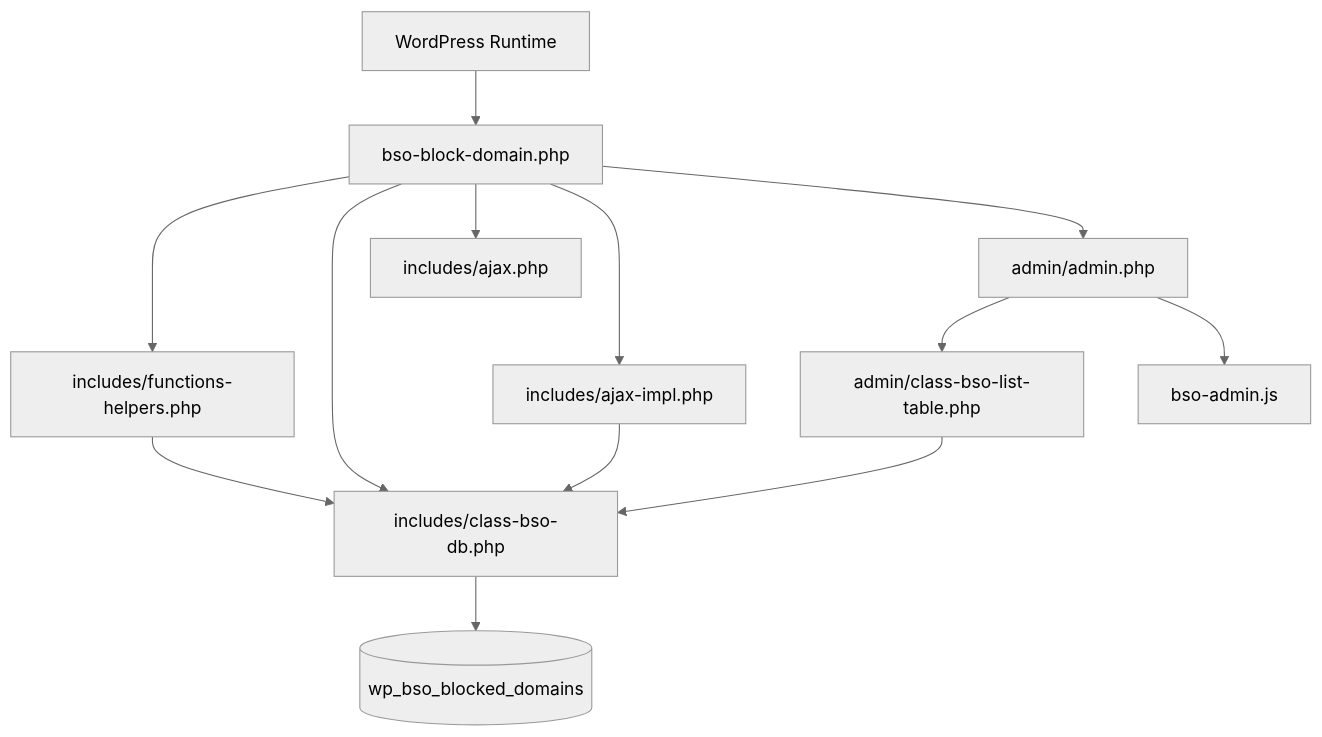
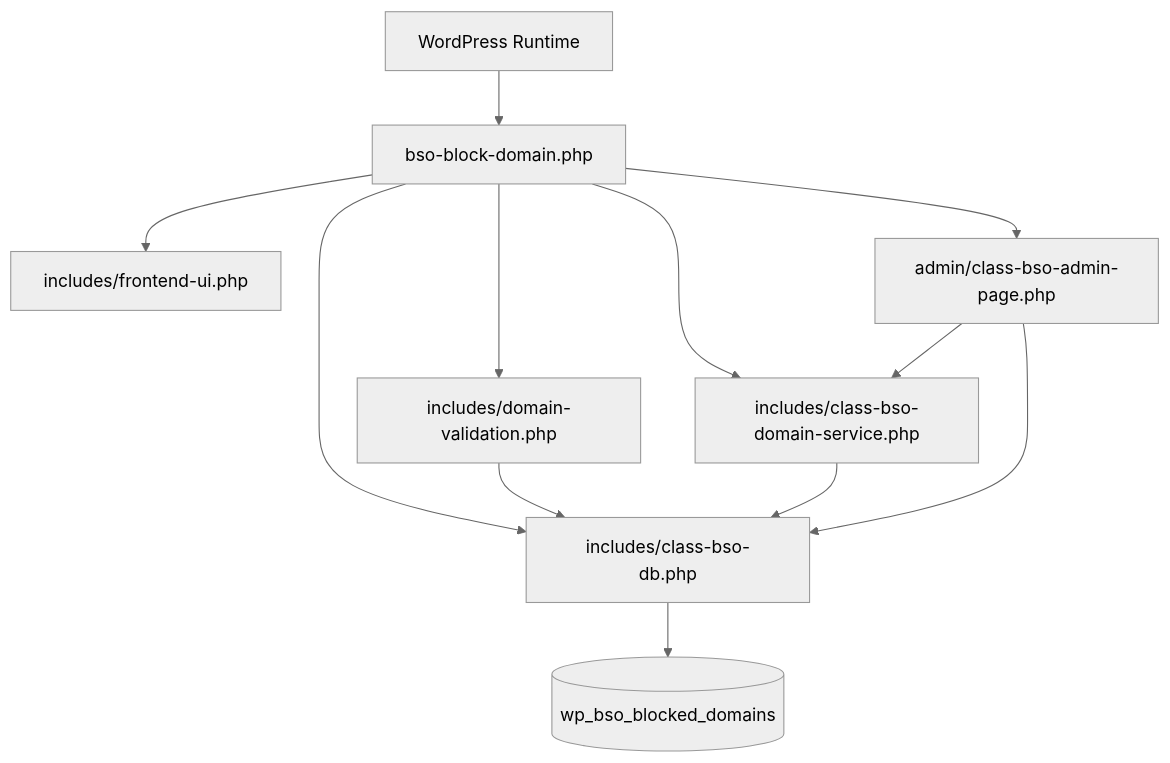
One commit to byteway/bso-wp-blocked-domains changed the first of 5 diagrams in document/Technical_Design.md. Above: the diagram before and after it, drawn with Mermaid (neutral theme). The commit also changed other lines of this file and 2 other files, not shown here.

````diff
--- a/document/Technical_Design.md
+++ b/document/Technical_Design.md
@@ -57,26 +59,23 @@
 ```mermaid
 graph TD
-		WP[WordPress Runtime]
-		MAIN[bso-block-domain.php]
-		HELP[includes/functions-helpers.php]
-		DB[includes/class-bso-db.php]
-		AR[includes/ajax.php]
-		AI[includes/ajax-impl.php]
-		ADM[admin/admin.php]
-		LT[admin/class-bso-list-table.php]
-		JS[bso-admin.js]
-		SQL[(wp_bso_blocked_domains)]
+	WP[WordPress Runtime]
+	MAIN[bso-block-domain.php]
+	DB[includes/class-bso-db.php]
+	VAL[includes/domain-validation.php]
+	SRV[includes/class-bso-domain-service.php]
+	FE[includes/frontend-ui.php]
+	ADM[admin/class-bso-admin-page.php]
+	SQL[(wp_bso_blocked_domains)]
 
-		WP --> MAIN
-		MAIN --> HELP
-		MAIN --> DB
-		MAIN --> AR
-		MAIN --> AI
-		MAIN --> ADM
-		ADM --> LT
-		ADM --> JS
-		LT --> DB
-		AI --> DB
-		HELP --> DB
-		DB --> SQL
+	WP --> MAIN
+	MAIN --> DB
+	MAIN --> VAL
+	MAIN --> SRV
+	MAIN --> FE
+	MAIN --> ADM
+	VAL --> DB
+	SRV --> DB
+	ADM --> SRV
+	ADM --> DB
+	DB --> SQL
 ```
````
